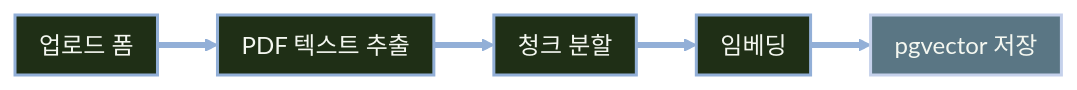
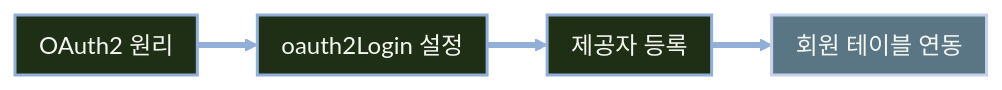
One commit to qus0in/slide-maker changed the first of 2 diagrams in slides.md. Above: the diagram before and after it, drawn with Mermaid. The commit also changed other lines of this file, not shown here.

Commit message:
refactor(slides) : OAuth2 교안 용어 정제 및 슬라이드 구조 개선

````diff
--- a/slides.md
+++ b/slides.md
@@ -154,24 +90,23 @@
 ```mermaid
 ---
 config:
   themeVariables:
     lineColor: "#92AFD7"
     arrowheadColor: "#92AFD7"
     edgeLabelBackground: "#1F2F16"
   flowchart:
     padding: 8
     nodeSpacing: 40
     rankSpacing: 40
 ---
 flowchart LR
-  A["업로드 폼"] --> B["PDF 텍스트 추출"]
-  B --> C["청크 분할"]
-  C --> D["임베딩"]
-  D --> E["pgvector 저장"]
+  A["OAuth2 원리"] --> B["oauth2Login 설정"]
+  B --> C["제공자 등록"]
+  C --> D["회원 테이블 연동"]
 
-  class A,B,C,D step
-  class E result
+  class A,B,C step
+  class D result
   classDef step fill:#1F2F16,stroke:#92AFD7,color:#F4F7F0,stroke-width:2px
   classDef result fill:#5A7684,stroke:#C5D1EB,color:#F4F7F0,stroke-width:2px
   linkStyle default stroke:#92AFD7,stroke-width:4px
 ```
````
